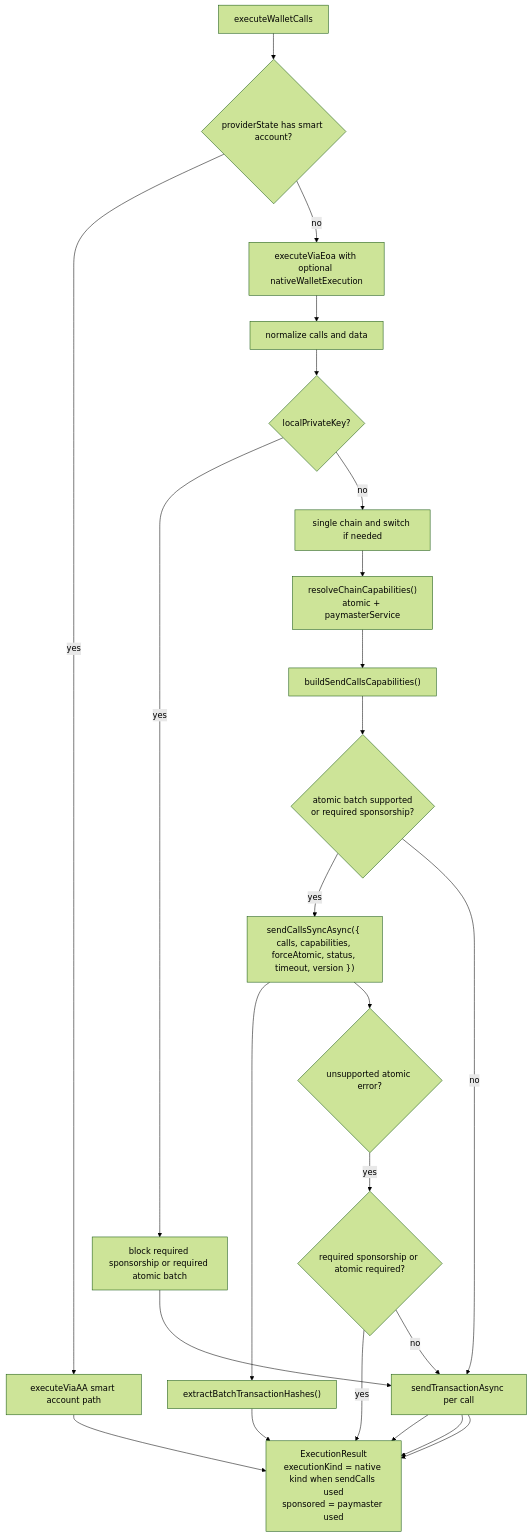
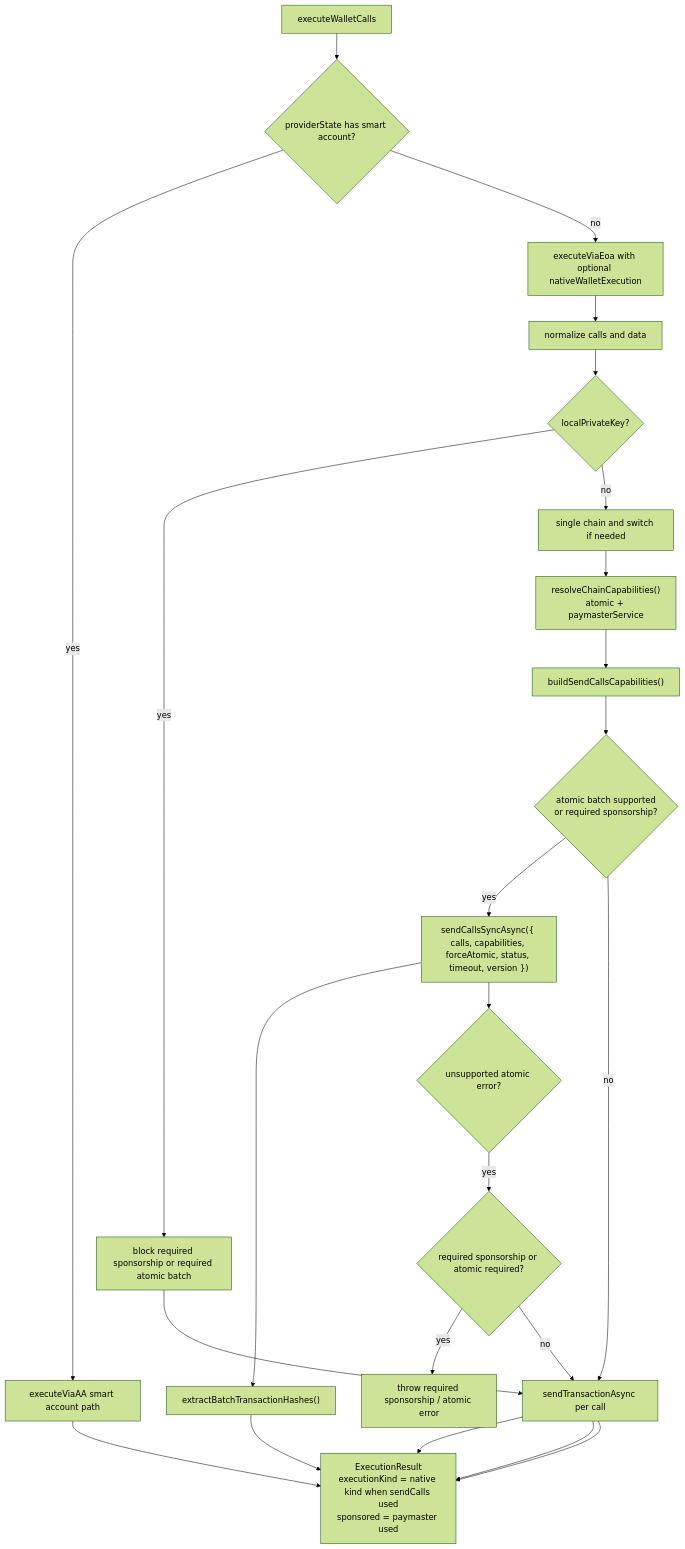
Diagram 15 of 24 in specs/WALLET-ADAPTERS-ARCH.md (aomi-labs/aomi-widget), drawn with Mermaid (forest theme) before and after one commit. The commit also changed other lines of this file and 2 other files, not shown here.

````diff
--- a/specs/WALLET-ADAPTERS-ARCH.md
+++ b/specs/WALLET-ADAPTERS-ARCH.md
@@ -840,32 +852,33 @@
 ```mermaid
 flowchart TD
   Start["executeWalletCalls"]
   AA{"providerState has smart account?"}
   AAPath["executeViaAA smart account path"]
   Native["executeViaEoa with optional nativeWalletExecution"]
   Normalize["normalize calls and data"]
   Private{"localPrivateKey?"}
   PrivateGuards["block required sponsorship or required atomic batch"]
   Chain["single chain and switch if needed"]
   Caps["resolveChainCapabilities()<br/>atomic + paymasterService"]
   Plan["buildSendCallsCapabilities()"]
   CanSendCalls{"atomic batch supported<br/>or required sponsorship?"}
   SendCalls["sendCallsSyncAsync({ calls, capabilities, forceAtomic, status, timeout, version })"]
   Extract["extractBatchTransactionHashes()"]
   Unsupported{"unsupported atomic error?"}
   Required{"required sponsorship or atomic required?"}
+  Throw["throw required sponsorship / atomic error"]
   Sequential["sendTransactionAsync per call"]
   Result["ExecutionResult<br/>executionKind = native kind when sendCalls used<br/>sponsored = paymaster used"]
 
   Start --> AA
   AA -- yes --> AAPath --> Result
   AA -- no --> Native --> Normalize --> Private
   Private -- yes --> PrivateGuards --> Sequential --> Result
   Private -- no --> Chain --> Caps --> Plan --> CanSendCalls
   CanSendCalls -- yes --> SendCalls --> Extract --> Result
   SendCalls --> Unsupported
   Unsupported -- yes --> Required
-  Required -- yes --> Result
+  Required -- yes --> Throw
   Required -- no --> Sequential --> Result
   CanSendCalls -- no --> Sequential --> Result
 ```
````
